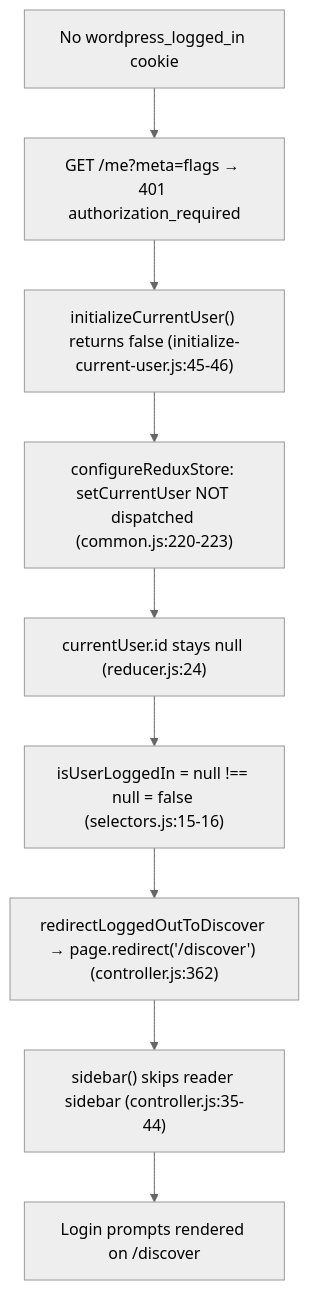
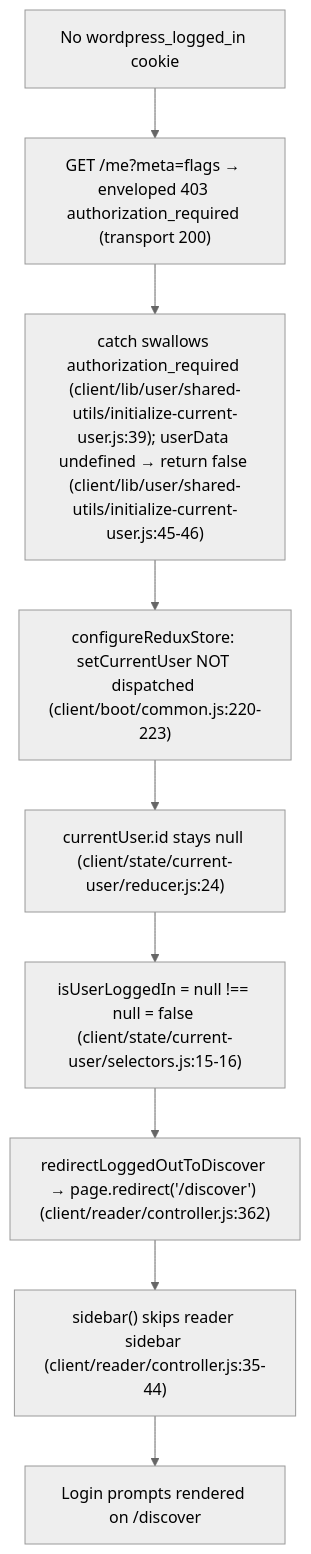
Before and after one commit to blitzy-research/wp-calypso: the second of 2 diagrams in blitzy/documentation/wp-calypso_be7e5cc64162.md, drawn with Mermaid (neutral theme). The commit also changed other lines of this file, not shown here.

````diff
--- a/blitzy/documentation/wp-calypso_be7e5cc64162.md
+++ b/blitzy/documentation/wp-calypso_be7e5cc64162.md
@@ -421,11 +1131,11 @@
 ```mermaid
 flowchart TD
-    A["No wordpress_logged_in cookie"] --> B["GET /me?meta=flags → 401 authorization_required"]
-    B --> C["initializeCurrentUser() returns false (initialize-current-user.js:45-46)"]
-    C --> D["configureReduxStore: setCurrentUser NOT dispatched (common.js:220-223)"]
-    D --> E["currentUser.id stays null (reducer.js:24)"]
-    E --> F["isUserLoggedIn = null !== null = false (selectors.js:15-16)"]
-    F --> G["redirectLoggedOutToDiscover → page.redirect('/discover') (controller.js:362)"]
-    G --> H["sidebar() skips reader sidebar (controller.js:35-44)"]
+    A["No wordpress_logged_in cookie"] --> B["GET /me?meta=flags → enveloped 403 authorization_required (transport 200)"]
+    B --> C["catch swallows authorization_required (client/lib/user/shared-utils/initialize-current-user.js:39); userData undefined → return false (client/lib/user/shared-utils/initialize-current-user.js:45-46)"]
+    C --> D["configureReduxStore: setCurrentUser NOT dispatched (client/boot/common.js:220-223)"]
+    D --> E["currentUser.id stays null (client/state/current-user/reducer.js:24)"]
+    E --> F["isUserLoggedIn = null !== null = false (client/state/current-user/selectors.js:15-16)"]
+    F --> G["redirectLoggedOutToDiscover → page.redirect('/discover') (client/reader/controller.js:362)"]
+    G --> H["sidebar() skips reader sidebar (client/reader/controller.js:35-44)"]
     H --> I["Login prompts rendered on /discover"]
 ```
````
